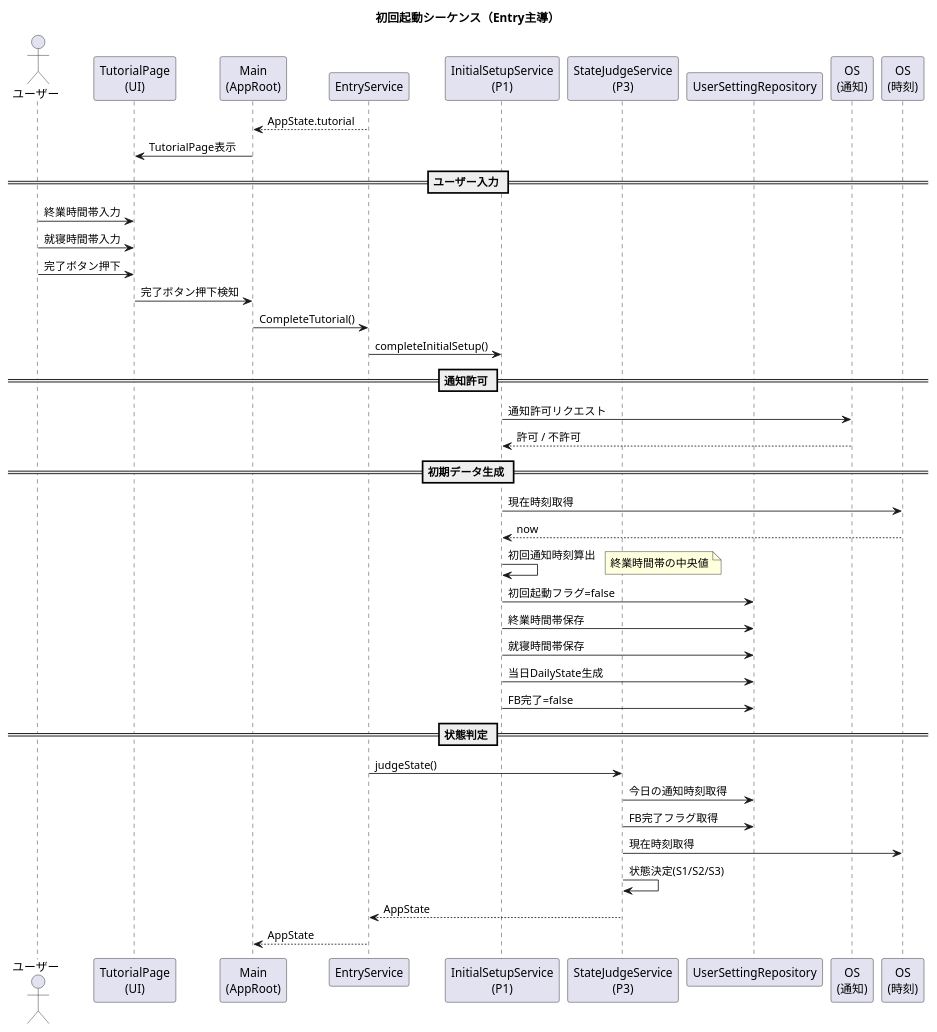
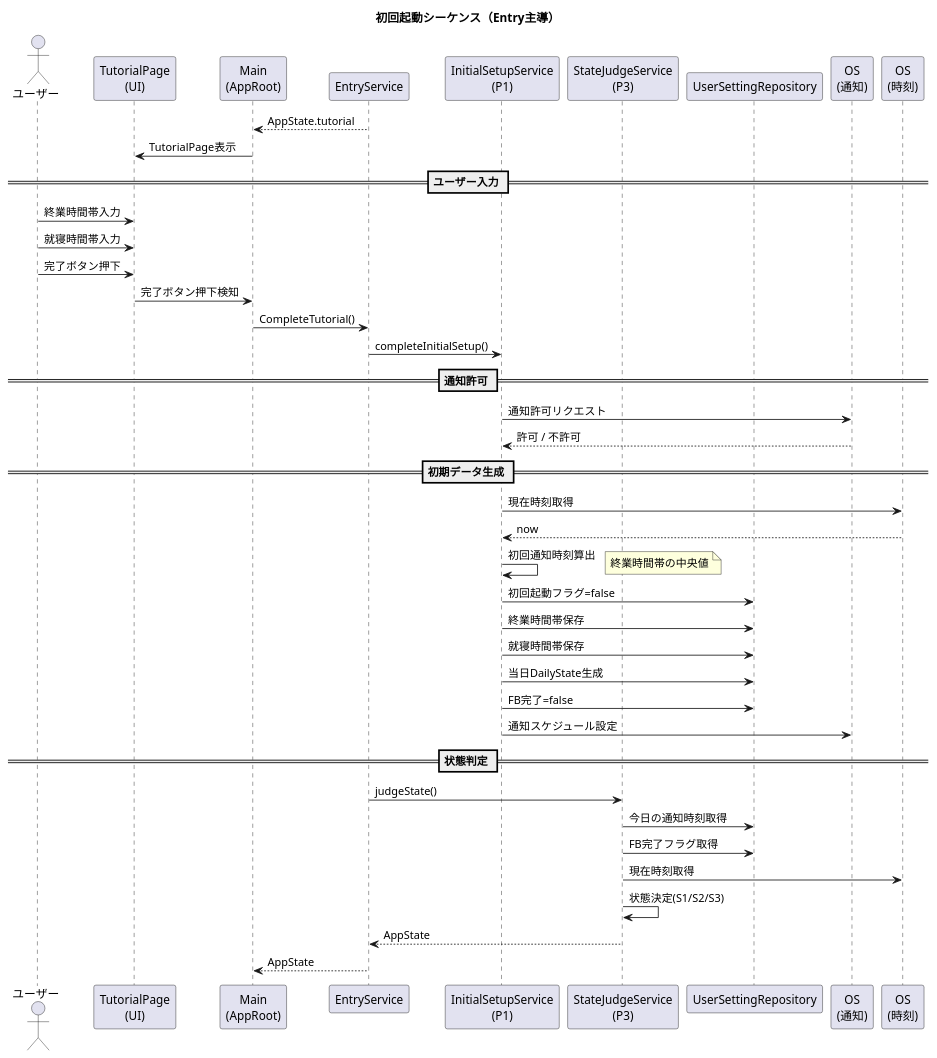
One commit to akamatrixxx/justtime changed the diagram in assets/specifications/詳細設計/シーケンス図/02_初回起動シーケンス.pu. Above: the diagram before and after it, drawn with PlantUML. The commit also changed 7 other files, not shown here.

```diff
--- a/assets/specifications/詳細設計/シーケンス図/02_初回起動シーケンス.pu
+++ b/assets/specifications/詳細設計/シーケンス図/02_初回起動シーケンス.pu
@@ -1,61 +1,62 @@
 @startuml
 title 初回起動シーケンス（Entry主導）
 
 actor ユーザー
 participant "TutorialPage\n(UI)" as UI
 participant "Main\n(AppRoot)" as Main
 participant "EntryService" as Entry
 
 participant "InitialSetupService\n(P1)" as P1
 participant "StateJudgeService\n(P3)" as P3
 participant "UserSettingRepository" as UserRepo
 participant "OS\n(通知)" as OS_Notify
 participant "OS\n(時刻)" as OS_Time
 
 Entry --> Main : AppState.tutorial
 Main -> UI : TutorialPage表示
 
 == ユーザー入力 ==
 
 ユーザー -> UI : 終業時間帯入力
 ユーザー -> UI : 就寝時間帯入力
 ユーザー -> UI : 完了ボタン押下
 
 UI -> Main : 完了ボタン押下検知
 Main -> Entry : CompleteTutorial()
 Entry -> P1 : completeInitialSetup()
 
 == 通知許可 ==
 
 P1 -> OS_Notify : 通知許可リクエスト
 OS_Notify --> P1 : 許可 / 不許可
 
 == 初期データ生成 ==
 
 P1 -> OS_Time : 現在時刻取得
 OS_Time --> P1 : now
 
 P1 -> P1 : 初回通知時刻算出
 note right
 終業時間帯の中央値
 end note
 
 P1 -> UserRepo : 初回起動フラグ=false
 P1 -> UserRepo : 終業時間帯保存
 P1 -> UserRepo : 就寝時間帯保存
 P1 -> UserRepo : 当日DailyState生成
 P1 -> UserRepo : FB完了=false
+P1 -> OS_Notify : 通知スケジュール設定
 
  == 状態判定 ==
 
 Entry -> P3 : judgeState()
 
 P3 -> UserRepo : 今日の通知時刻取得
 P3 -> UserRepo : FB完了フラグ取得
 P3 -> OS_Time : 現在時刻取得
 P3 -> P3 : 状態決定(S1/S2/S3)
 
 P3 --> Entry : AppState
 Entry --> Main : AppState
 
 @enduml
```
